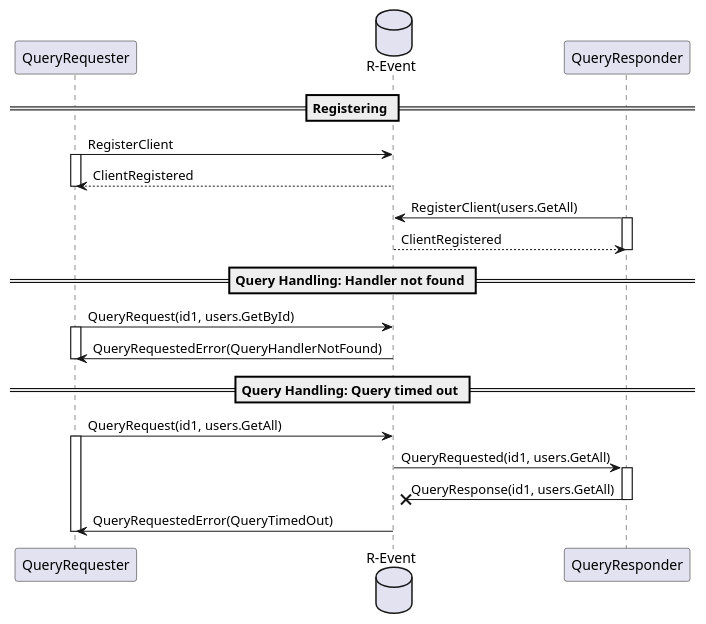
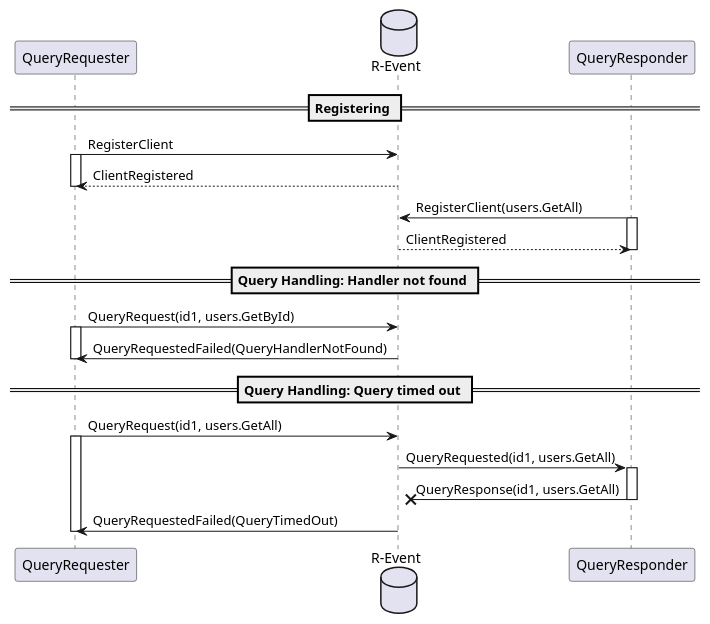
One commit to manuelarte/revent changed the diagram in .assets/query_handler_error_flow.plantuml. Above: the diagram before and after it, drawn with PlantUML. The commit also changed 16 other files, not shown here.

```diff
--- a/.assets/query_handler_error_flow.plantuml
+++ b/.assets/query_handler_error_flow.plantuml
@@ -1,36 +1,36 @@
 @startuml
 database "R-Event" as Server order 50
 participant QueryRequester as Client1 order 0
 participant QueryResponder as Client2 order 100
 
 == Registering ==
 
 Client1 -> Server: RegisterClient
 activate Client1
 Server --> Client1: ClientRegistered
 deactivate Client1
 
 Client2 -> Server: RegisterClient(users.GetAll)
 activate Client2
 Server --> Client2: ClientRegistered
 deactivate Client2
 
 == Query Handling: Handler not found ==
 
 Client1 -> Server: QueryRequest(id1, users.GetById)
 activate Client1
-Server -> Client1: QueryRequestedError(QueryHandlerNotFound)
+Server -> Client1: QueryRequestedFailed(QueryHandlerNotFound)
 deactivate Client1
 
 == Query Handling: Query timed out ==
 
 Client1 -> Server: QueryRequest(id1, users.GetAll)
 activate Client1
 Server -> Client2: QueryRequested(id1, users.GetAll)
 activate Client2
 Client2 -x Server: QueryResponse(id1, users.GetAll)
 deactivate Client2
-Server -> Client1: QueryRequestedError(QueryTimedOut)
+Server -> Client1: QueryRequestedFailed(QueryTimedOut)
 deactivate Client1
 
 @enduml
```
